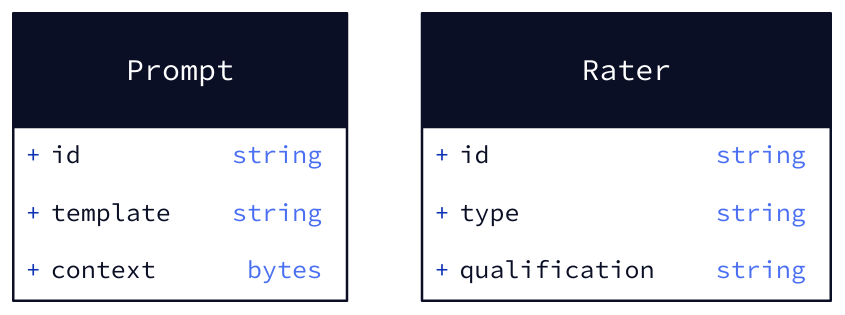
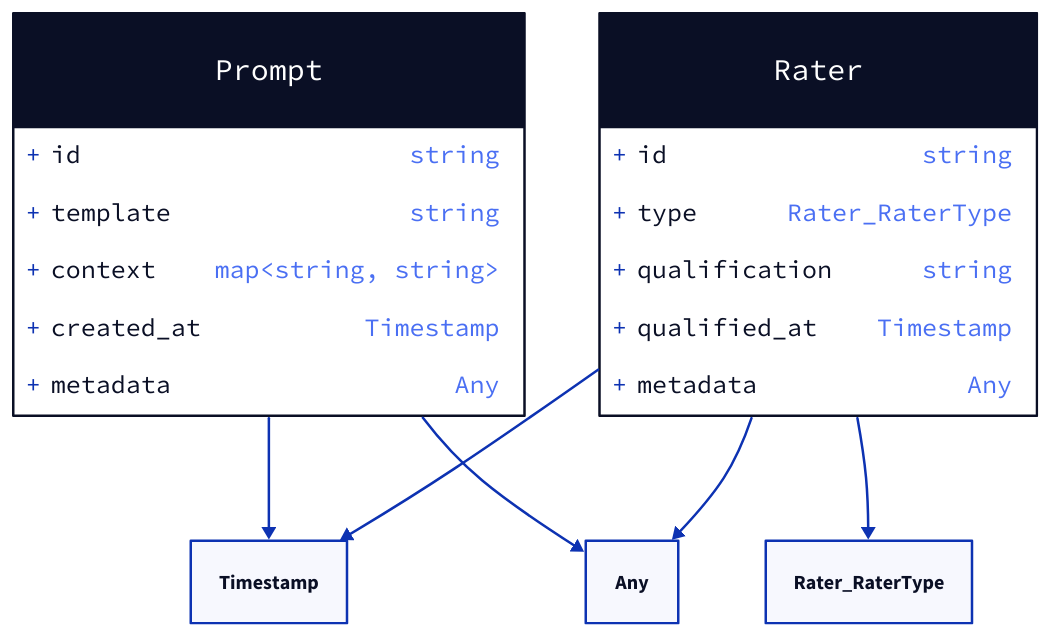
The diagram in proto/llm/v1/prompt.d2 (tmc/language-model-management), drawn with D2 before and after one commit. The commit also changed 17 other files, not shown here.

```diff
--- a/proto/llm/v1/prompt.d2
+++ b/proto/llm/v1/prompt.d2
@@ -1,18 +1,27 @@
 
 # Package - llm.v1
 
 # Class - Prompt
 Prompt: {
   shape: class
   id: string
   template: string
-  context: bytes
+  context: map<string, string>
+  created_at: Timestamp
+  metadata: Any
 }
+Prompt -> Timestamp
+Prompt -> Any
 
 # Class - Rater
 Rater: {
   shape: class
   id: string
-  type: string
+  type: Rater_RaterType
   qualification: string
+  qualified_at: Timestamp
+  metadata: Any
 }
+Rater -> Rater_RaterType
+Rater -> Timestamp
+Rater -> Any
```
